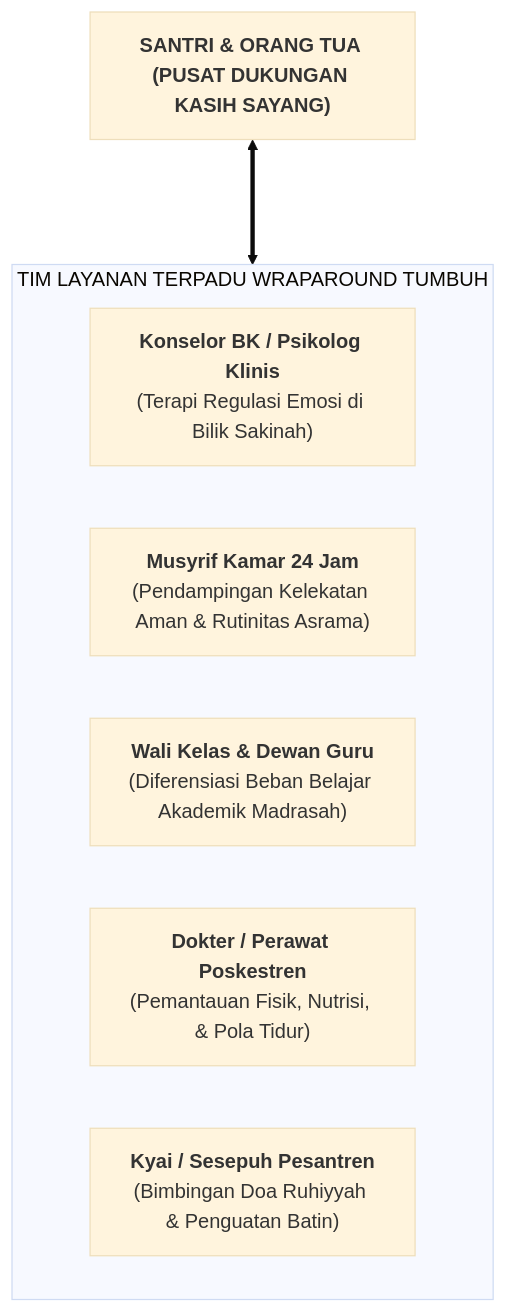
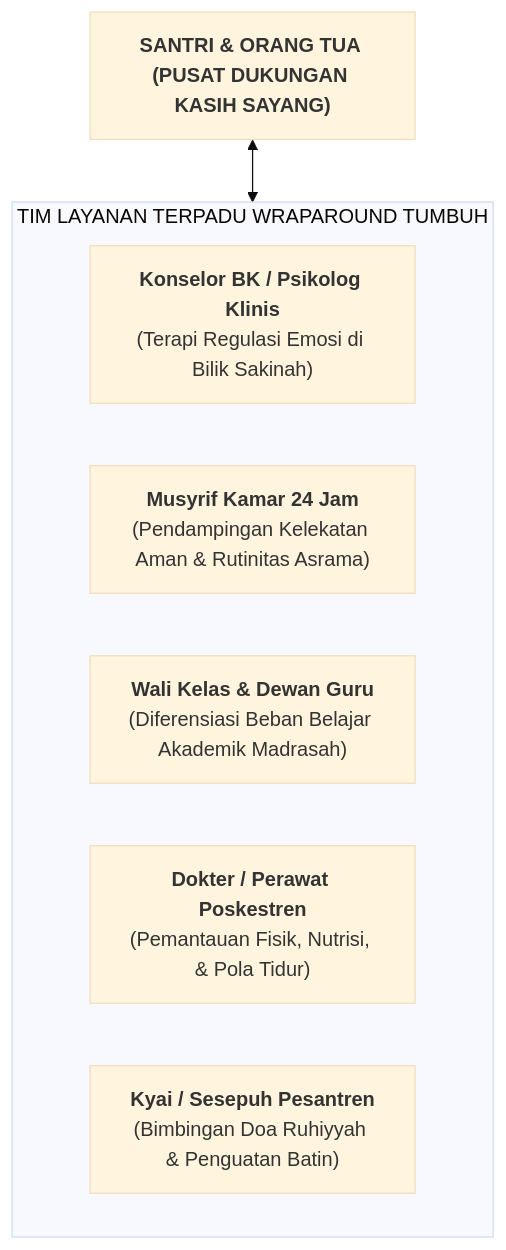
The diagram in BOOK Series 2/Volume-04-Intervensi-PBIS-dan-Disiplin-Restoratif/Bab-04-Intervensi-Tier-3-FBA-dan-BIP/04-Layanan-Terpadu-Wraparound-Services.md (wandiapriliyandi/tumbuh), drawn with Mermaid (base theme) before and after one commit. The commit also changed 6 other files, not shown here.

Commit message:
fix(book-series-2): resolve mermaid syntax parse errors in bidirectional links and labels

````diff
--- a/BOOK Series 2/Volume-04-Intervensi-PBIS-dan-Disiplin-Restoratif/Bab-04-Intervensi-Tier-3-FBA-dan-BIP/04-Layanan-Terpadu-Wraparound-Services.md
+++ b/BOOK Series 2/Volume-04-Intervensi-PBIS-dan-Disiplin-Restoratif/Bab-04-Intervensi-Tier-3-FBA-dan-BIP/04-Layanan-Terpadu-Wraparound-Services.md
@@ -11,14 +11,14 @@
 ```mermaid
 flowchart TD
     SantriKeluarga["<b>SANTRI & ORANG TUA (PUSAT DUKUNGAN KASIH SAYANG)</b>"]
     
     subgraph TimWraparound["TIM LAYANAN TERPADU WRAPAROUND TUMBUH"]
         BK["<b>Konselor BK / Psikolog Klinis</b><br/>(Terapi Regulasi Emosi di Bilik Sakinah)"]
         Musyrif["<b>Musyrif Kamar 24 Jam</b><br/>(Pendampingan Kelekatan Aman & Rutinitas Asrama)"]
         Guru["<b>Wali Kelas & Dewan Guru</b><br/>(Diferensiasi Beban Belajar Akademik Madrasah)"]
         Medis["<b>Dokter / Perawat Poskestren</b><br/>(Pemantauan Fisik, Nutrisi, & Pola Tidur)"]
         Tokoh["<b>Kyai / Sesepuh Pesantren</b><br/>(Bimbingan Doa Ruhiyyah & Penguatan Batin)"]
     end
 
-    SantriKeluarga <===> TimWraparound
+    SantriKeluarga <--> TimWraparound
 ```
````
